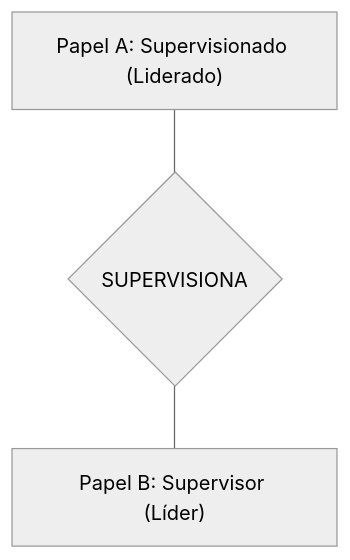
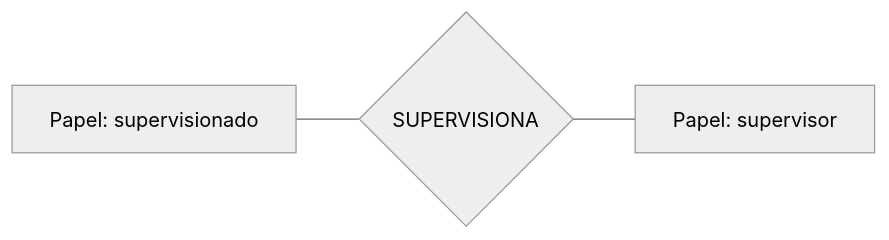
Before and after one commit to leorruas/puc: the tenth of 13 diagrams in 02. Modelagem de Dados/06. Modelagem de relacionamentos, cardinalidade e restrições de participação.md, drawn with Mermaid (neutral theme). The commit also changed other lines of this file, not shown here.

````diff
--- a/02. Modelagem de Dados/06. Modelagem de relacionamentos, cardinalidade e restrições de participação.md
+++ b/02. Modelagem de Dados/06. Modelagem de relacionamentos, cardinalidade e restrições de participação.md
@@ -183,5 +181,5 @@
 ```mermaid
-flowchart TD
-    PapelA["Papel A: Supervisionado (Liderado)"] --- Rel{"SUPERVISIONA"}
-    Rel --- PapelB["Papel B: Supervisor (Líder)"]
+flowchart LR
+    Liderado["Papel: supervisionado"]:::component --- Rel{"SUPERVISIONA"}:::core
+    Rel --- Lider["Papel: supervisor"]:::component
 ```
````
